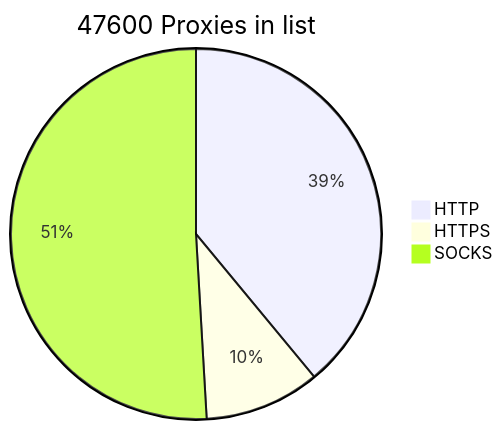
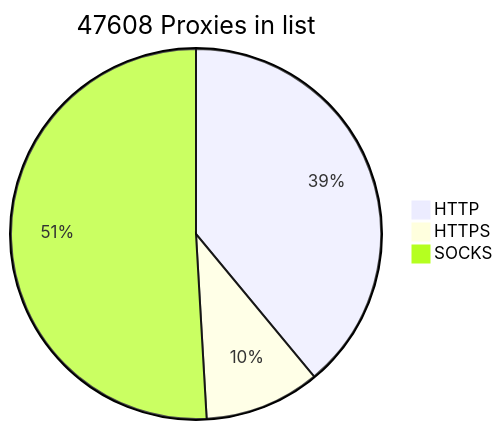
Before and after one commit to BlackSnowDot/proxylist-update-every-minute: the diagram in README.md, drawn with Mermaid.

````diff
--- a/README.md
+++ b/README.md
@@ -2,6 +2,6 @@
 ```mermaid
-pie title 47600 Proxies in list
-    "HTTP" : 20351
-    "HTTPS": 5263
-    "SOCKS" : 26575
+pie title 47608 Proxies in list
+    "HTTP" : 20350
+    "HTTPS": 5269
+    "SOCKS" : 26578
 ```
````
